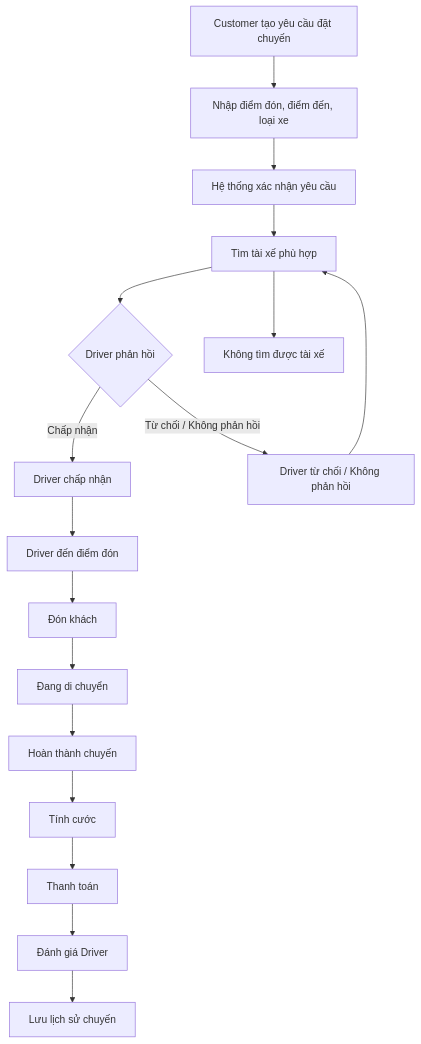
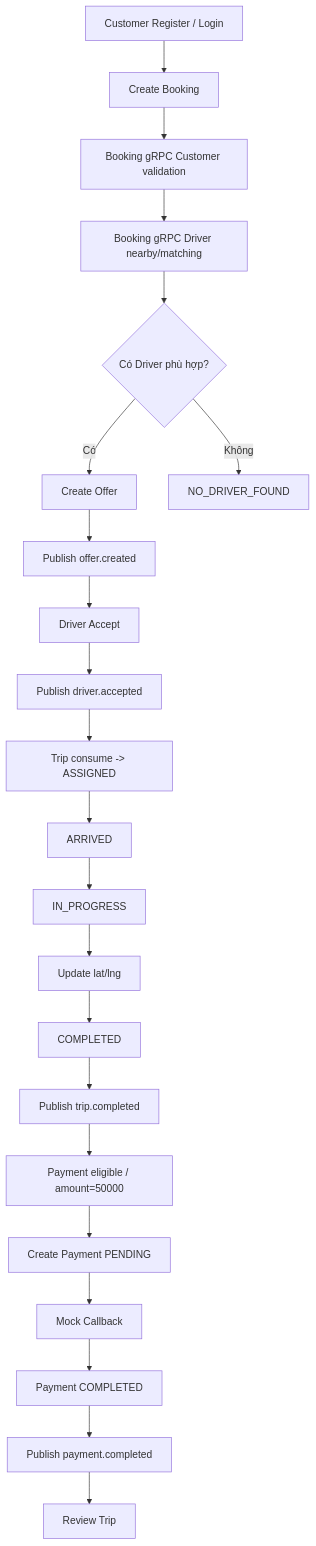
One commit to kanztran2605/23646731_TranQuocKhang_Cabsystem changed the fifth of 21 diagrams in docs/requirements/SRS.md. Above: the diagram before and after it, drawn with Mermaid. The commit also changed other lines of this file, not shown here.

````diff
--- a/docs/requirements/SRS.md
+++ b/docs/requirements/SRS.md
@@ -435,38 +447,29 @@
 ```mermaid
 flowchart TD
-    A[Customer tạo yêu cầu đặt chuyến]
-    B[Nhập điểm đón, điểm đến, loại xe]
-    C[Hệ thống xác nhận yêu cầu]
-    D[Tìm tài xế phù hợp]
-    E{Driver phản hồi}
-    F[Driver chấp nhận]
-    G[Driver từ chối / Không phản hồi]
-    H[Không tìm được tài xế]
-    I[Driver đến điểm đón]
-    J[Đón khách]
-    K[Đang di chuyển]
-    L[Hoàn thành chuyến]
-    M[Tính cước]
-    N[Thanh toán]
-    O[Đánh giá Driver]
-    P[Lưu lịch sử chuyến]
+    A[Customer Register / Login]
+    B[Create Booking]
+    C[Booking gRPC Customer validation]
+    D[Booking gRPC Driver nearby/matching]
+    E{Có Driver phù hợp?}
+    F[Create Offer]
+    G[Publish offer.created]
+    H[Driver Accept]
+    I[Publish driver.accepted]
+    J[Trip consume -> ASSIGNED]
+    K[ARRIVED]
+    L[IN_PROGRESS]
+    M[Update lat/lng]
+    N[COMPLETED]
+    O[Publish trip.completed]
+    P[Payment eligible / amount=50000]
+    Q[Create Payment PENDING]
+    R[Mock Callback]
+    S[Payment COMPLETED]
+    U[Publish payment.completed]
+    V[Review Trip]
+    X[NO_DRIVER_FOUND]
 
-    A --> B
-    B --> C
-    C --> D
-    D --> E
-
-    E -->|Chấp nhận| F
-    E -->|Từ chối / Không phản hồi| G
-    G --> D
-    D --> H
-
-    F --> I
-    I --> J
-    J --> K
-    K --> L
-    L --> M
-    M --> N
-    N --> O
-    O --> P
+    A --> B --> C --> D --> E
+    E -->|Có| F --> G --> H --> I --> J --> K --> L --> M --> N --> O --> P --> Q --> R --> S --> U --> V
+    E -->|Không| X
 ```
````
